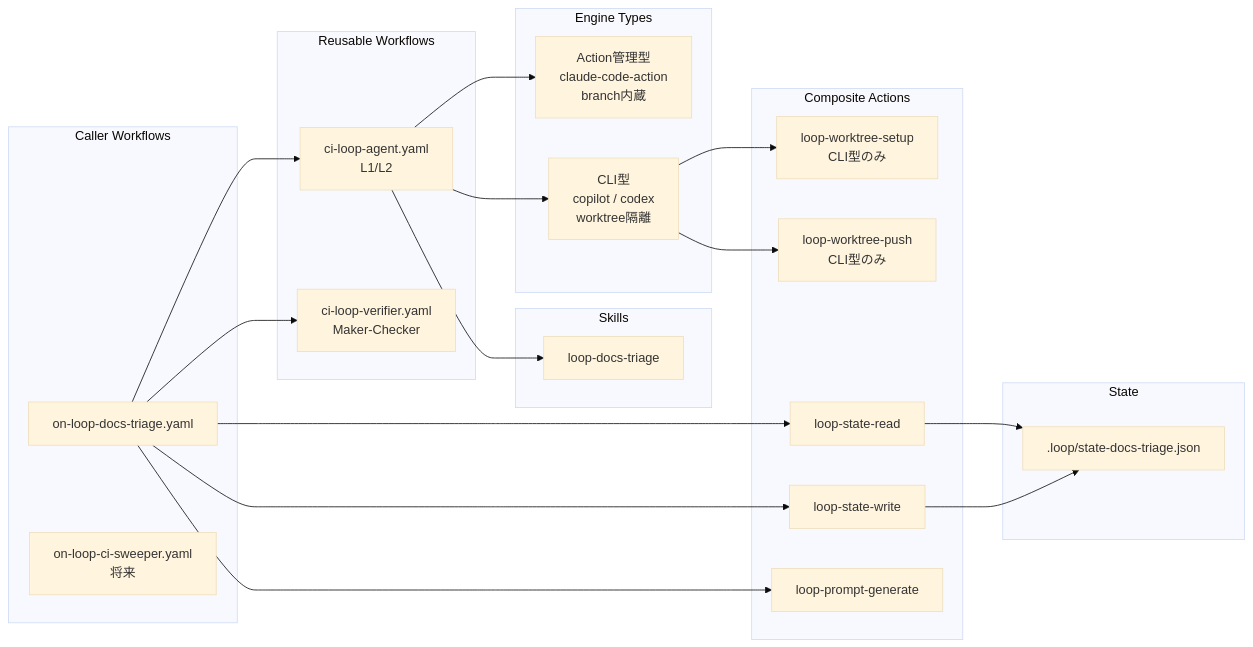
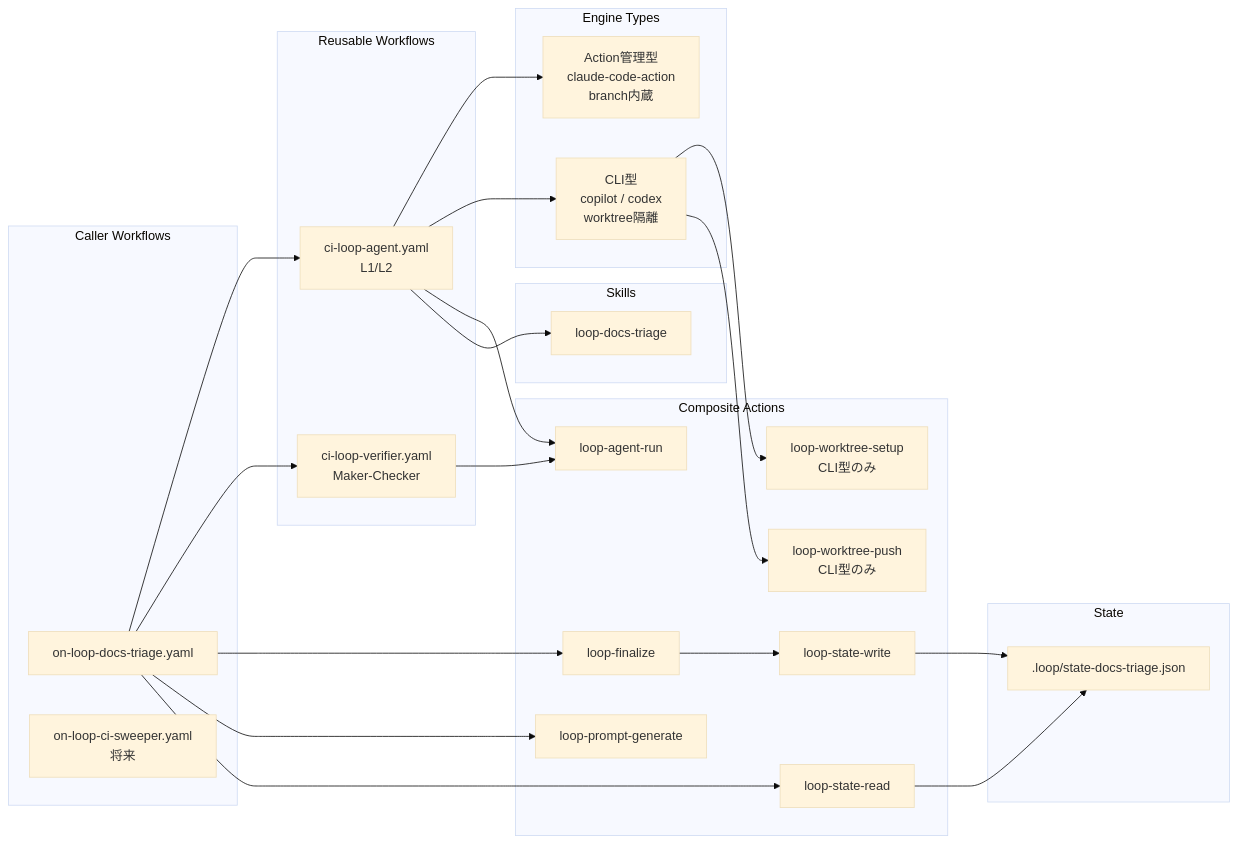
The second of 2 diagrams in docs/reference/loop-package-design.md (y-miyazaki/config), drawn with Mermaid (base theme) before and after one commit. The commit also changed other lines of this file and 1 other file, not shown here.

````diff
--- a/docs/reference/loop-package-design.md
+++ b/docs/reference/loop-package-design.md
@@ -202,53 +177,58 @@
 ```mermaid
 graph LR
     %% Caller Workflows
     subgraph callers["Caller Workflows"]
         CW1[on-loop-docs-triage.yaml]
         CW2[on-loop-ci-sweeper.yaml<br/>将来]
     end
 
     %% Reusable Workflows
     subgraph reusable["Reusable Workflows"]
         RW1[ci-loop-agent.yaml<br/>L1/L2]
         RW2[ci-loop-verifier.yaml<br/>Maker-Checker]
     end
 
     %% Engine Strategies
     subgraph engines["Engine Types"]
         E1[Action管理型<br/>claude-code-action<br/>branch内蔵]
         E2[CLI型<br/>copilot / codex<br/>worktree隔離]
     end
 
     %% Composite Actions
     subgraph actions["Composite Actions"]
-        CA1[loop-state-read]
-        CA2[loop-state-write]
+        CA1[loop-agent-run]
+        CA2[loop-finalize]
         CA3[loop-prompt-generate]
-        CA4[loop-worktree-setup<br/>CLI型のみ]
-        CA5[loop-worktree-push<br/>CLI型のみ]
+        CA4[loop-state-read]
+        CA5[loop-state-write]
+        CA6[loop-worktree-setup<br/>CLI型のみ]
+        CA7[loop-worktree-push<br/>CLI型のみ]
     end
 
     %% Skills
     subgraph skills["Skills"]
         SK1[loop-docs-triage]
     end
 
     %% State
     subgraph state["State"]
         ST1[.loop/state-docs-triage.json]
     end
 
     %% Relationships
     CW1 --> RW1
     CW1 --> RW2
-    CW1 --> CA1
     CW1 --> CA2
     CW1 --> CA3
+    CW1 --> CA4
     RW1 --> E1
     RW1 --> E2
-    E2 --> CA4
-    E2 --> CA5
+    RW1 --> CA1
+    RW2 --> CA1
+    E2 --> CA6
+    E2 --> CA7
     RW1 --> SK1
-    CA1 --> ST1
-    CA2 --> ST1
+    CA2 --> CA5
+    CA4 --> ST1
+    CA5 --> ST1
 ```
````
